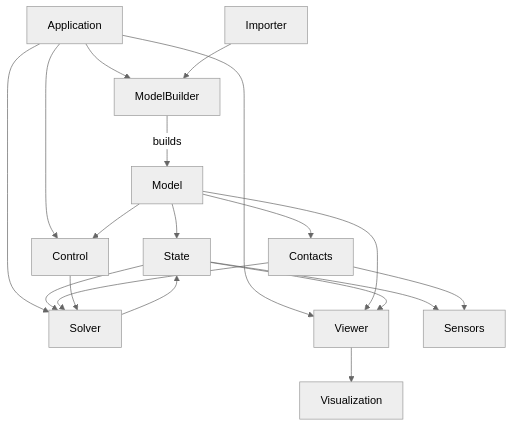
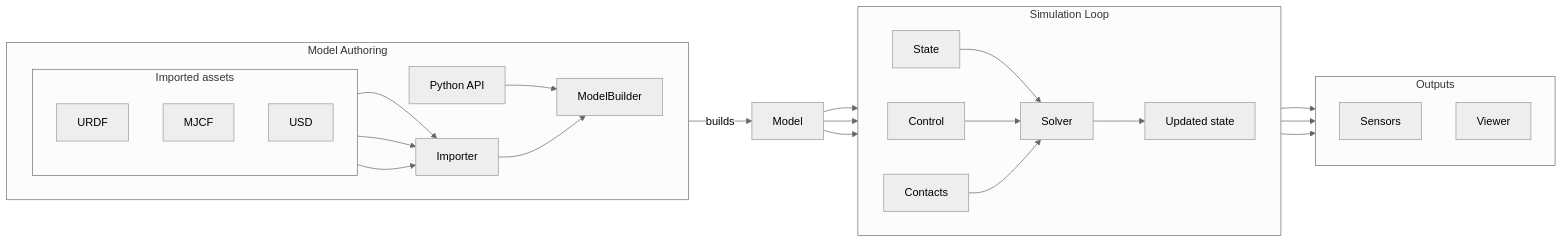
The diagram in docs/guide/overview.rst (newton-physics/newton), drawn with Mermaid (neutral theme) before and after one commit.

Commit message:
Improve diagram

```diff
--- a/docs/guide/overview.rst
+++ b/docs/guide/overview.rst
@@ -42,22 +42,44 @@
 .. mermaid::
    :config: {"theme": "forest", "themeVariables": {"lineColor": "#76b900"}}
 
-   graph TD
-   I[Application] --> A[ModelBuilder]
-   I --> J[Control]
-   I --> D[Solver]
-   I --> F[Viewer]
-   G[Importer] --> A
-   A[ModelBuilder] -->|builds| B[Model]
-   B --> C[State]
-   B --> E[Contacts]
-   B --> J
-   C --> D[Solver]
-   B --> F[Viewer]
-   C --> F
-   E --> D
-   J --> D
-   D --> C
-   C --> K[Sensors]
-   E --> K
-   F --> H[Visualization]
+   flowchart LR
+       subgraph Authoring["Model Authoring"]
+           direction LR
+           P[Python API] --> A[ModelBuilder]
+
+           subgraph Imported["Imported assets"]
+               direction TB
+               U[URDF]
+               M[MJCF]
+               S[USD]
+           end
+
+           U --> G[Importer]
+           M --> G
+           S --> G
+           G --> A
+       end
+
+       B[Model]
+
+       subgraph Loop["Simulation Loop"]
+           direction LR
+           C[State] --> D[Solver]
+           J[Control] --> D
+           E[Contacts] --> D
+           D --> C2[Updated state]
+       end
+
+       subgraph Outputs["Outputs"]
+           direction TB
+           K[Sensors]
+           F[Viewer]
+       end
+
+       A -->|builds| B
+       B --> C
+       B --> J
+       B --> E
+       C2 --> K
+       E --> K
+       C2 --> F
```
